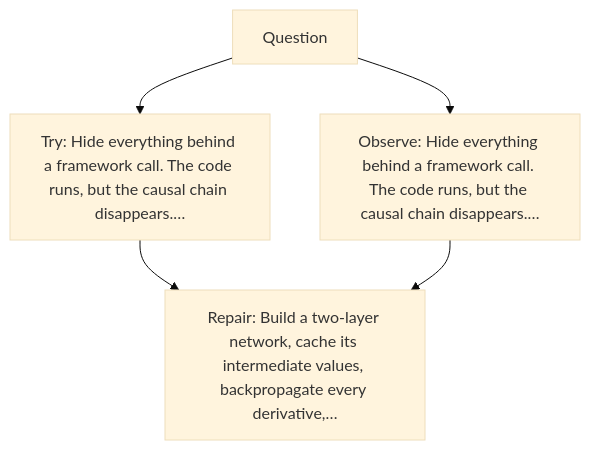
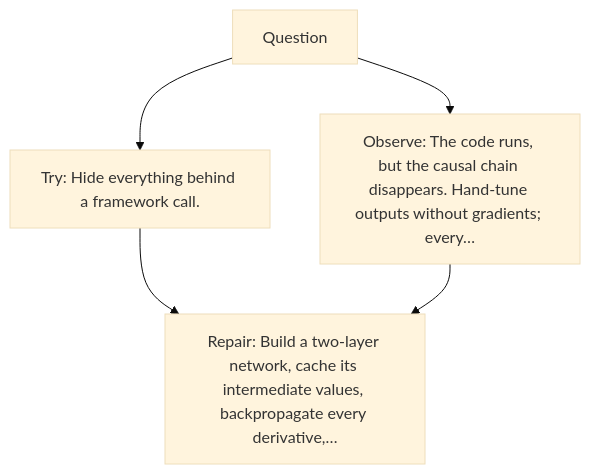
Before and after one commit to kleem-labs/AI-Archaeology: the diagram in excavations/035-tiny-neural-network/diagram.md, drawn with Mermaid (base theme). The commit also changed other lines of this file and 165 other files, not shown here.

````diff
--- a/excavations/035-tiny-neural-network/diagram.md
+++ b/excavations/035-tiny-neural-network/diagram.md
@@ -5,7 +5,7 @@
 ```mermaid
 flowchart TD
-    A["Question"] --> B["Try: Hide everything behind a framework call. The code runs, but the causal chain disappears.…"]
-    A --> C["Observe: Hide everything behind a framework call. The code runs, but the causal chain disappears.…"]
+    A["Question"] --> B["Try: Hide everything behind a framework call."]
+    A --> C["Observe: The code runs, but the causal chain disappears. Hand-tune outputs without gradients; every…"]
     B --> D["Repair: Build a two-layer network, cache its intermediate values, backpropagate every derivative,…"]
     C --> D
 ```
````
